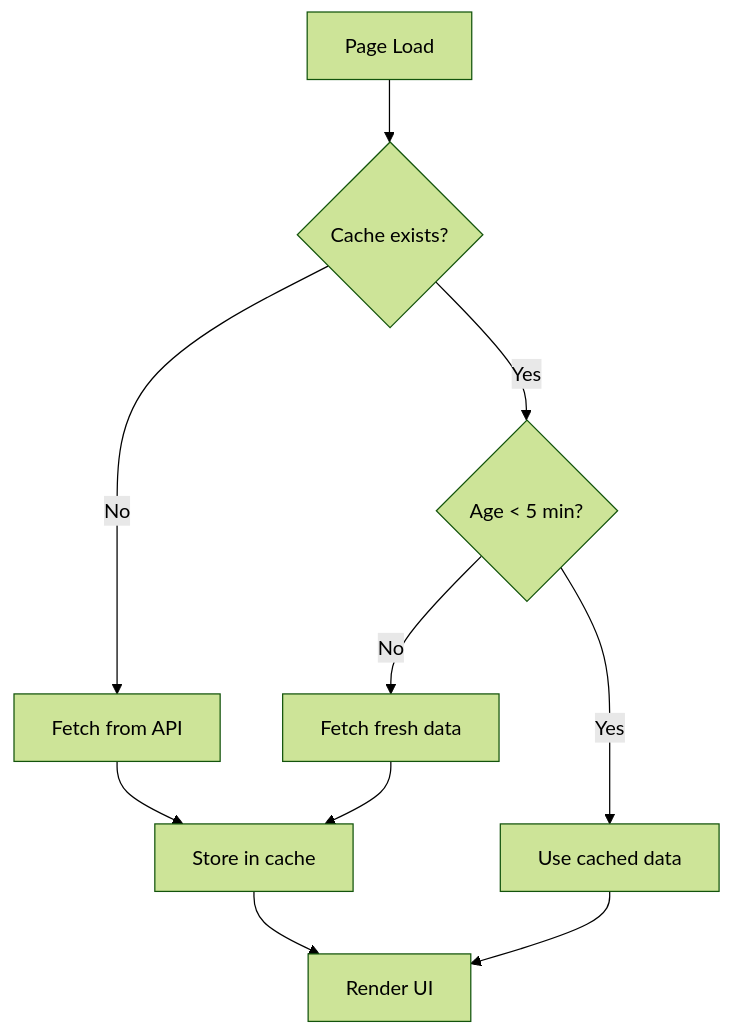
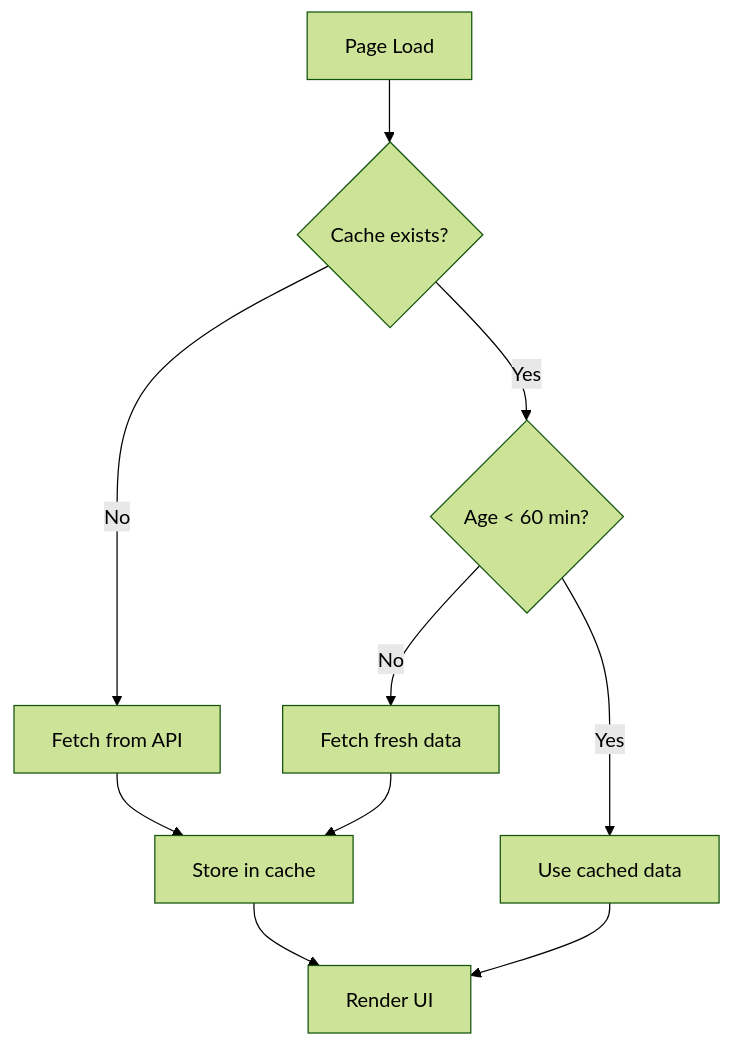
Before and after one commit to 0125joel/PIM-Manager: the second of 2 diagrams in docs/en/06-key-concepts.md, drawn with Mermaid (forest theme). The commit also changed other lines of this file and 330 other files, not shown here.

````diff
--- a/docs/en/06-key-concepts.md
+++ b/docs/en/06-key-concepts.md
@@ -124,12 +126,12 @@
 ```mermaid
 flowchart TD
     A[Page Load] --> B{Cache exists?}
     B -->|No| C[Fetch from API]
-    B -->|Yes| D{Age < 5 min?}
+    B -->|Yes| D{Age < 60 min?}
     D -->|Yes| E[Use cached data]
     D -->|No| F[Fetch fresh data]
     C --> G[Store in cache]
     F --> G
     G --> H[Render UI]
     E --> H
 ```
````
